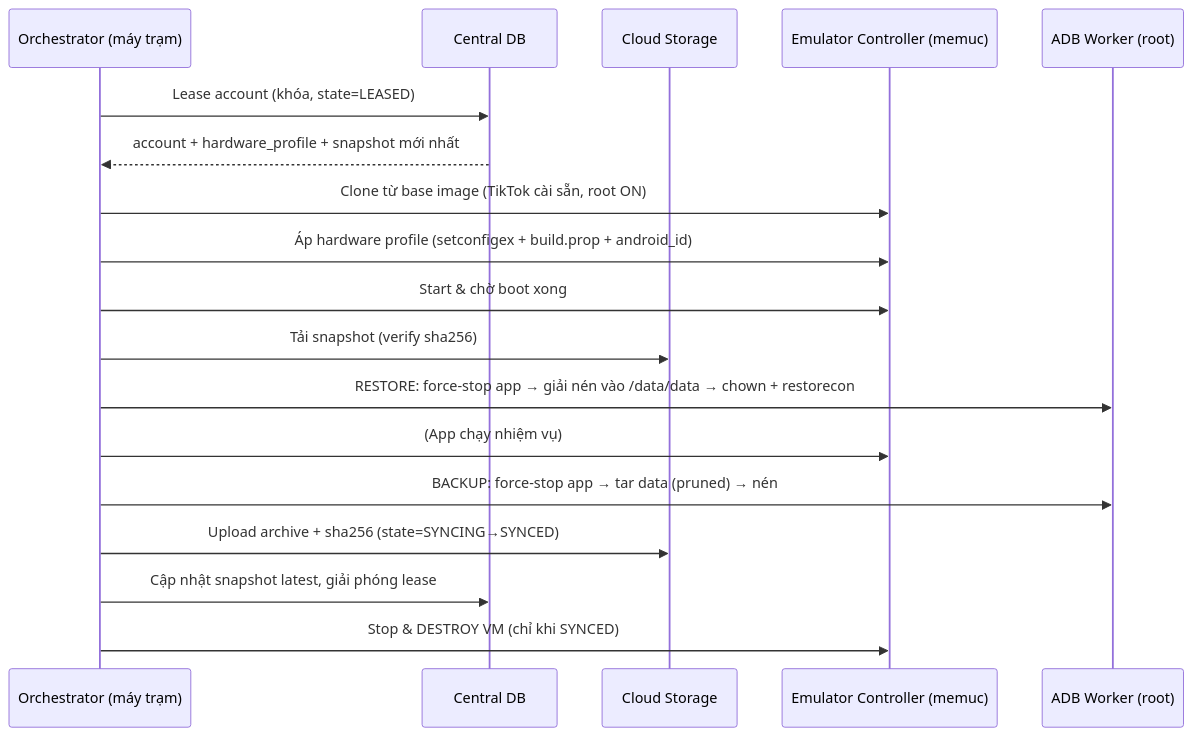
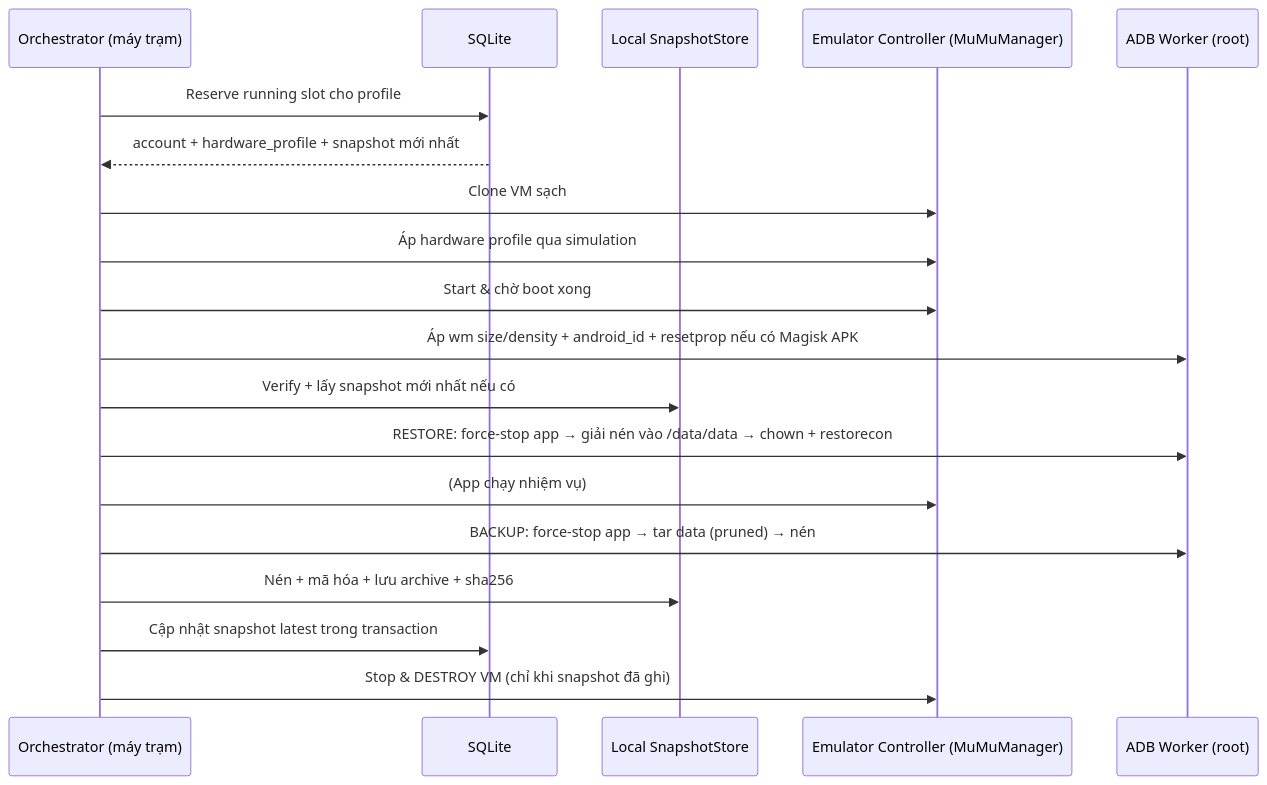
The diagram in docs/BACKUP_RESTORE_DESIGN.md (levanhien54/MemuTikyok), drawn with Mermaid before and after one commit. The commit also changed other lines of this file and 65 other files, not shown here.

````diff
--- a/docs/BACKUP_RESTORE_DESIGN.md
+++ b/docs/BACKUP_RESTORE_DESIGN.md
@@ -52,21 +52,22 @@
 ```mermaid
 sequenceDiagram
     participant O as Orchestrator (máy trạm)
-    participant DB as Central DB
-    participant CS as Cloud Storage
-    participant EMU as Emulator Controller (memuc)
+    participant DB as SQLite
+    participant CS as Local SnapshotStore
+    participant EMU as Emulator Controller (MuMuManager)
     participant ADB as ADB Worker (root)
 
-    O->>DB: Lease account (khóa, state=LEASED)
+    O->>DB: Reserve running slot cho profile
     DB-->>O: account + hardware_profile + snapshot mới nhất
-    O->>EMU: Clone từ base image (TikTok cài sẵn, root ON)
-    O->>EMU: Áp hardware profile (setconfigex + build.prop + android_id)
+    O->>EMU: Clone VM sạch
+    O->>EMU: Áp hardware profile qua simulation
     O->>EMU: Start & chờ boot xong
-    O->>CS: Tải snapshot (verify sha256)
+    O->>ADB: Áp wm size/density + android_id + resetprop nếu có Magisk APK
+    O->>CS: Verify + lấy snapshot mới nhất nếu có
     O->>ADB: RESTORE: force-stop app → giải nén vào /data/data → chown + restorecon
     O->>EMU: (App chạy nhiệm vụ)
     O->>ADB: BACKUP: force-stop app → tar data (pruned) → nén
-    O->>CS: Upload archive + sha256 (state=SYNCING→SYNCED)
-    O->>DB: Cập nhật snapshot latest, giải phóng lease
-    O->>EMU: Stop & DESTROY VM (chỉ khi SYNCED)
+    O->>CS: Nén + mã hóa + lưu archive + sha256
+    O->>DB: Cập nhật snapshot latest trong transaction
+    O->>EMU: Stop & DESTROY VM (chỉ khi snapshot đã ghi)
 ```
````
